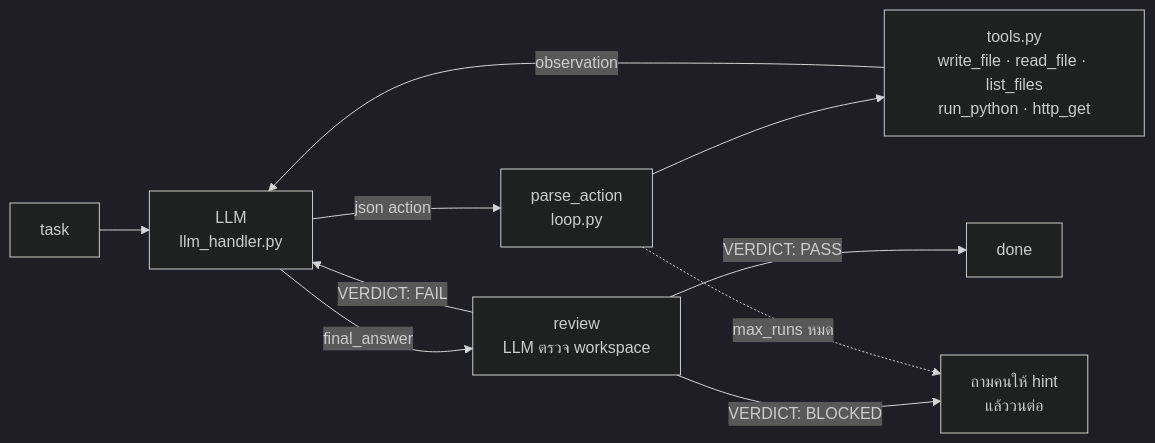
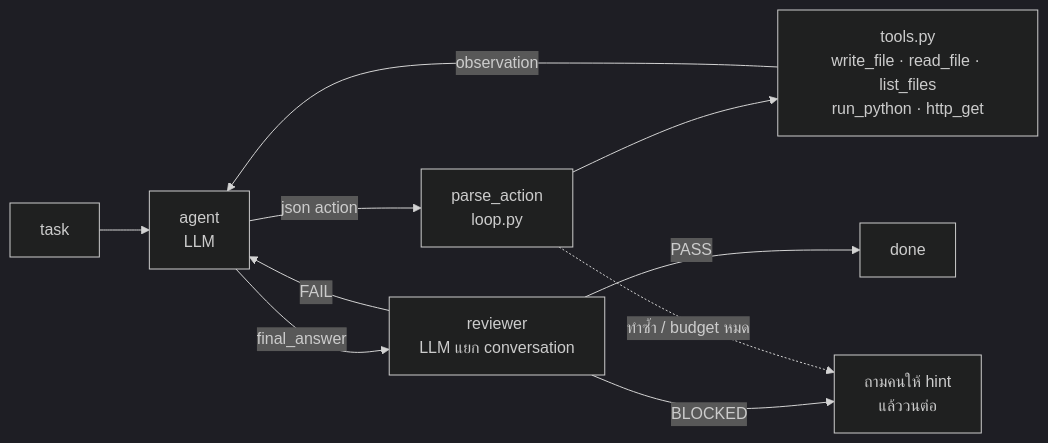
Before and after one commit to NithichoteC/mini-agent: the diagram in README.md, drawn with Mermaid (dark theme). The commit also changed other lines of this file and 7 other files, not shown here.

````diff
--- a/README.md
+++ b/README.md
@@ -7,12 +9,12 @@
 ```mermaid
 flowchart LR
-    T[task] --> M[LLM<br/>llm_handler.py]
+    T[task] --> M[agent<br/>LLM]
     M -->|json action| P[parse_action<br/>loop.py]
     P --> X[tools.py<br/>write_file · read_file · list_files<br/>run_python · http_get]
     X -->|observation| M
-    M -->|final_answer| R[review<br/>LLM ตรวจ workspace]
-    R -->|VERDICT: PASS| D[done]
-    R -->|VERDICT: FAIL| M
-    R -->|VERDICT: BLOCKED| H[ถามคนให้ hint<br/>แล้ววนต่อ]
-    P -.->|max_runs หมด| H
+    M -->|final_answer| R[reviewer<br/>LLM แยก conversation]
+    R -->|PASS| D[done]
+    R -->|FAIL| M
+    R -->|BLOCKED| H[ถามคนให้ hint<br/>แล้ววนต่อ]
+    P -.->|ทำซ้ำ / budget หมด| H
 ```
````
